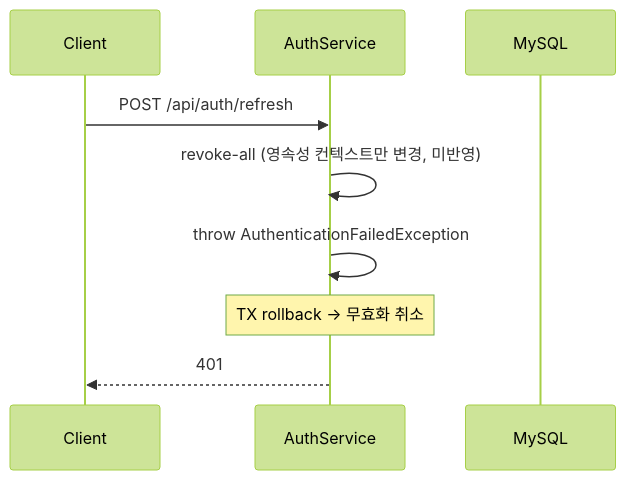
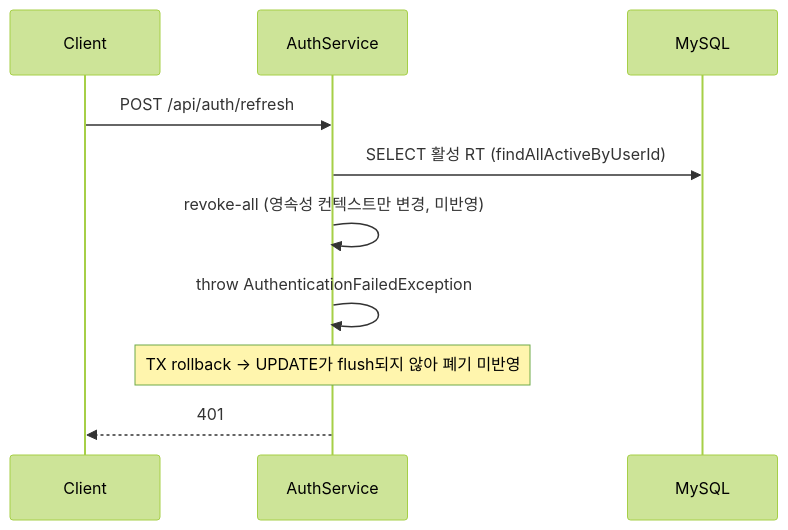
Before and after one commit to g1ennk/FlowMate: the first of 2 diagrams in docs/wiki/auth-reuse-detection-rollback.md, drawn with Mermaid (forest theme). The commit also changed other lines of this file and 1 other file, not shown here.

Commit message:
docs(wiki): revoke-all 롤백 위키 업데이트

````diff
--- a/docs/wiki/auth-reuse-detection-rollback.md
+++ b/docs/wiki/auth-reuse-detection-rollback.md
@@ -110,12 +115,13 @@
 ```mermaid
 sequenceDiagram
     participant C as Client
     participant A as AuthService
     participant DB as MySQL
 
     C->>A: POST /api/auth/refresh
+    A->>DB: SELECT 활성 RT (findAllActiveByUserId)
     A->>A: revoke-all (영속성 컨텍스트만 변경, 미반영)
     A->>A: throw AuthenticationFailedException
-    Note over A: TX rollback → 무효화 취소
+    Note over A: TX rollback → UPDATE가 flush되지 않아 폐기 미반영
     A-->>C: 401
 ```
````
